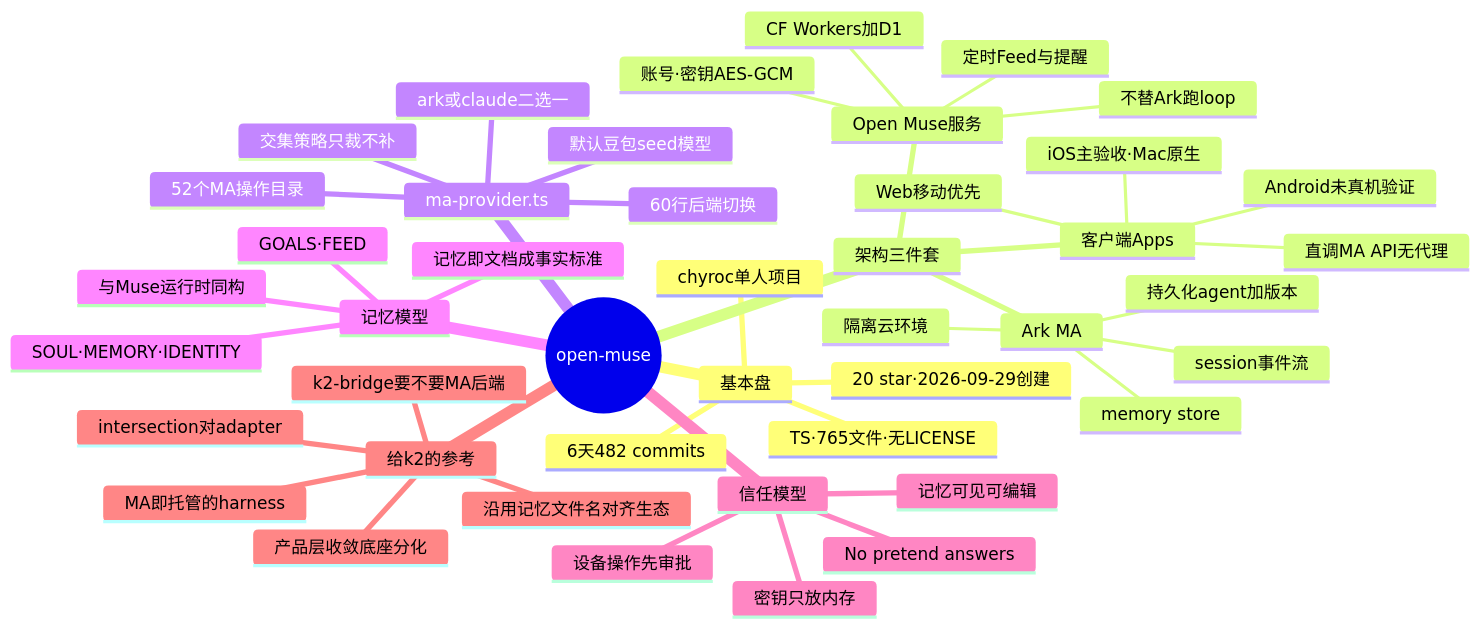
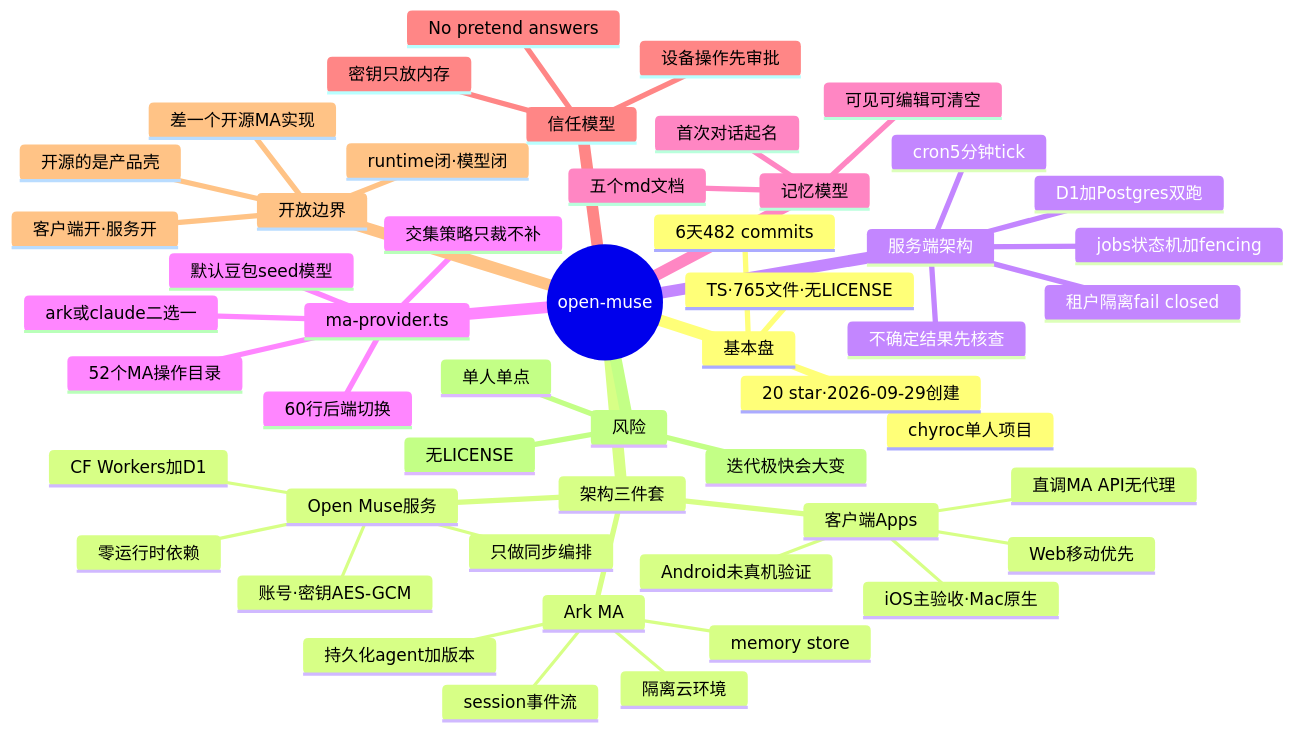
One commit to ringozzt/open-muse-research changed the diagram in README.md. Above: the diagram before and after it, drawn with Mermaid. The commit also changed other lines of this file, not shown here.

````diff
--- a/README.md
+++ b/README.md
@@ -74,47 +86,54 @@
 ```mermaid
 mindmap
   root((open-muse))
     基本盘
       chyroc单人项目
       20 star·2026-09-29创建
       6天482 commits
       TS·765文件·无LICENSE
     架构三件套
       客户端Apps
         iOS主验收·Mac原生
         Web移动优先
         Android未真机验证
         直调MA API无代理
       Open Muse服务
         CF Workers加D1
+        零运行时依赖
         账号·密钥AES-GCM
-        定时Feed与提醒
-        不替Ark跑loop
+        只做同步编排
       Ark MA
         持久化agent加版本
         隔离云环境
         session事件流
         memory store
+    服务端架构
+      jobs状态机加fencing
+      cron5分钟tick
+      租户隔离fail closed
+      不确定结果先核查
+      D1加Postgres双跑
     ma-provider.ts
       60行后端切换
       ark或claude二选一
       默认豆包seed模型
       交集策略只裁不补
       52个MA操作目录
     记忆模型
-      SOUL·MEMORY·IDENTITY
-      GOALS·FEED
-      与Muse运行时同构
-      记忆即文档成事实标准
+      五个md文档
+      首次对话起名
+      可见可编辑可清空
     信任模型
       设备操作先审批
       No pretend answers
       密钥只放内存
-      记忆可见可编辑
-    给k2的参考
-      产品层收敛底座分化
-      MA即托管的harness
-      k2-bridge要不要MA后端
-      intersection对adapter
-      沿用记忆文件名对齐生态
+    开放边界
+      客户端开·服务开
+      runtime闭·模型闭
+      开源的是产品壳
+      差一个开源MA实现
+    风险
+      无LICENSE
+      单人单点
+      迭代极快会大变
 ```
````
